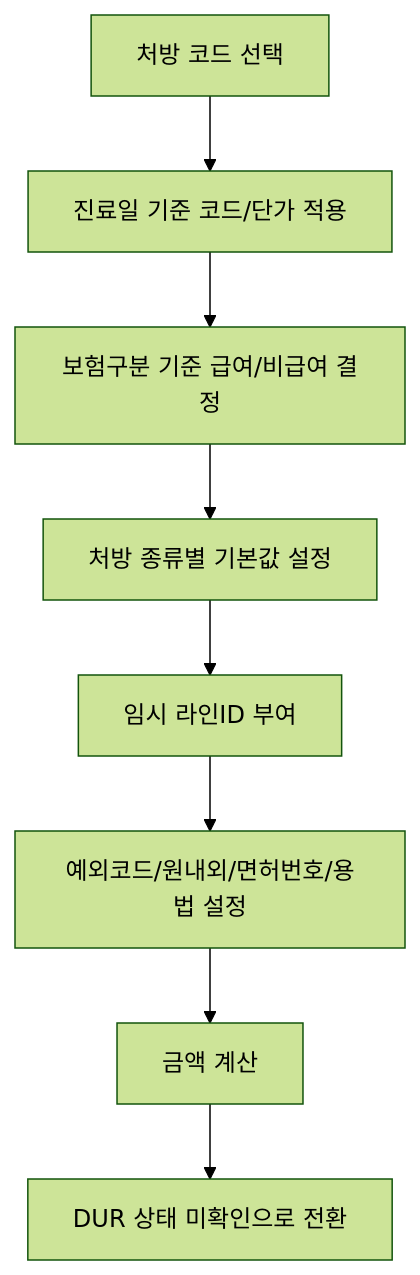
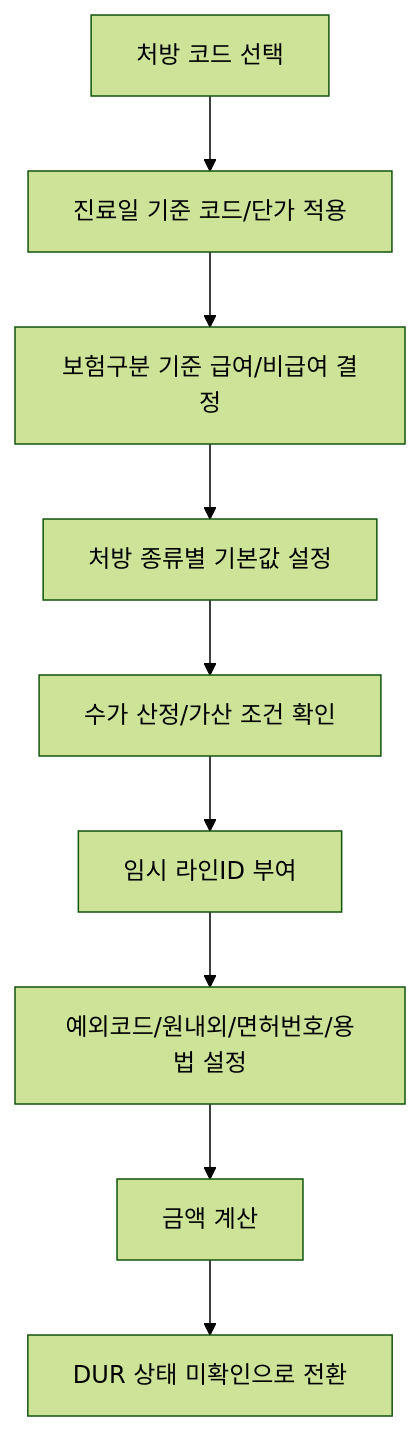
One commit to chaos998/emr_docs changed the third of 9 diagrams in Treatment_Prescription_Domain.md. Above: the diagram before and after it, drawn with Mermaid (forest theme). The commit also changed other lines of this file and 3 other files, not shown here.

````diff
--- a/Treatment_Prescription_Domain.md
+++ b/Treatment_Prescription_Domain.md
@@ -181,10 +186,11 @@
 ```mermaid
 flowchart TD
     A[처방 코드 선택] --> B[진료일 기준 코드/단가 적용]
     B --> C[보험구분 기준 급여/비급여 결정]
     C --> D[처방 종류별 기본값 설정]
-    D --> E[임시 라인ID 부여]
-    E --> F[예외코드/원내외/면허번호/용법 설정]
-    F --> G[금액 계산]
-    G --> H[DUR 상태 미확인으로 전환]
+    D --> E[수가 산정/가산 조건 확인]
+    E --> F[임시 라인ID 부여]
+    F --> G[예외코드/원내외/면허번호/용법 설정]
+    G --> H[금액 계산]
+    H --> I[DUR 상태 미확인으로 전환]
 ```
````
